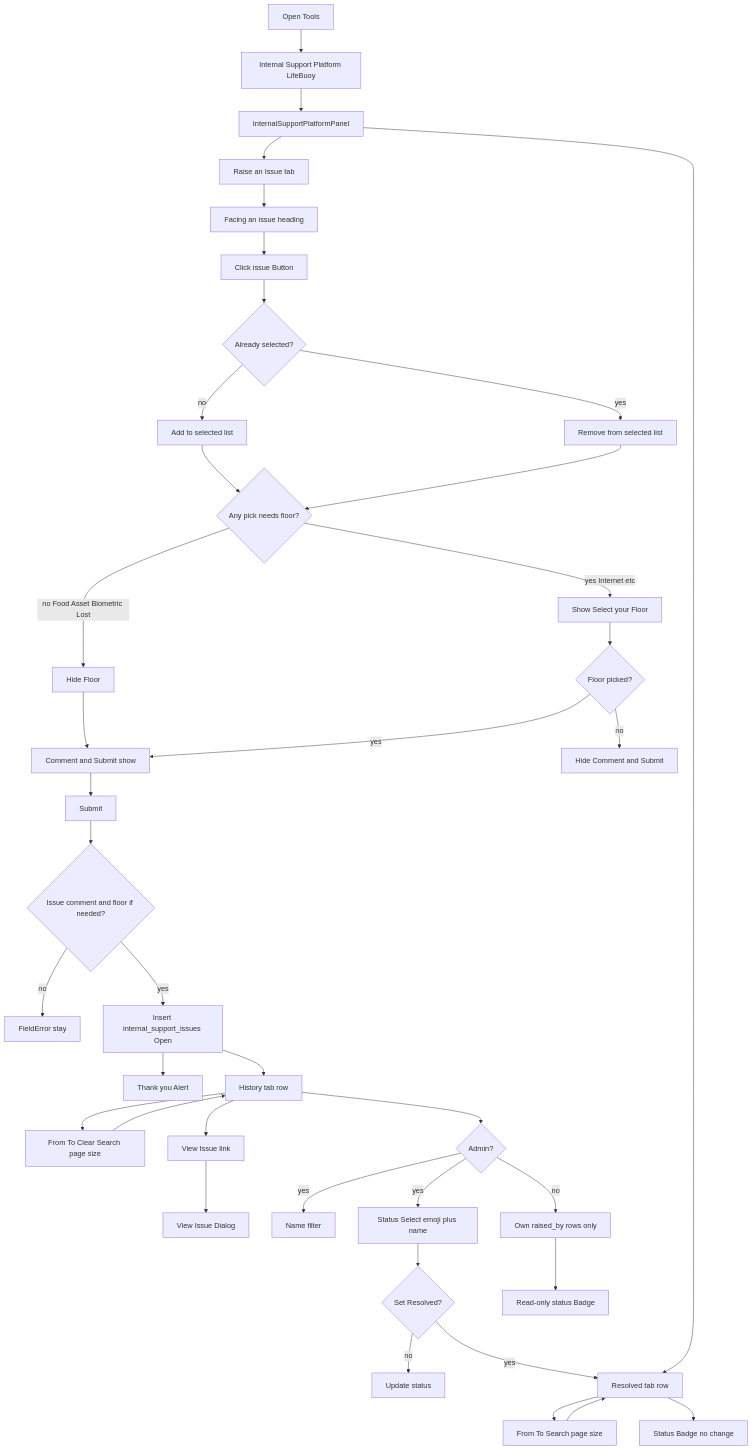
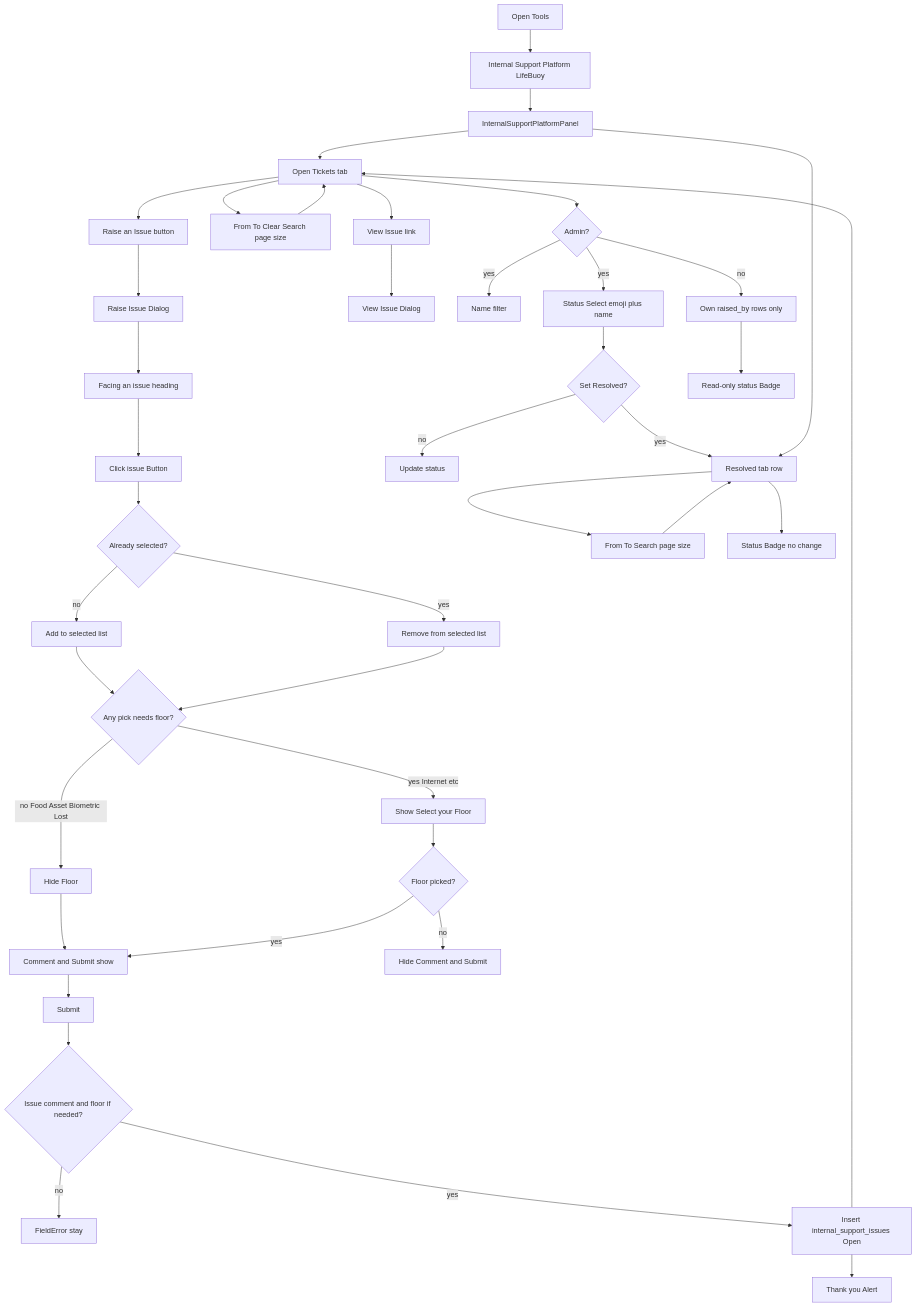
One commit to Mayur8291/Printing-Tracker changed the fourth of 15 diagrams in docs/FLOWCHARTS.md. Above: the diagram before and after it, drawn with Mermaid. The commit also changed 9 other files, not shown here.

First line of the commit message:
Move Raise an Issue into Open Tickets and show issue text after Status.

````diff
--- a/docs/FLOWCHARTS.md
+++ b/docs/FLOWCHARTS.md
@@ -87,41 +87,43 @@
 ```mermaid
 flowchart TD
   User[Open Tools] --> Item[Internal Support Platform LifeBuoy]
   Item --> Panel[InternalSupportPlatformPanel]
-  Panel --> RaiseTab[Raise an Issue tab]
-  RaiseTab --> Heading[Facing an issue heading]
+  Panel --> OpenTab[Open Tickets tab]
+  OpenTab --> RaiseBtn[Raise an Issue button]
+  RaiseBtn --> RaiseDlg[Raise Issue Dialog]
+  RaiseDlg --> Heading[Facing an issue heading]
   Heading --> Pick[Click issue Button]
   Pick --> Toggle{Already selected?}
   Toggle -->|no| Add[Add to selected list]
   Toggle -->|yes| Remove[Remove from selected list]
   Add --> NeedFloor{Any pick needs floor?}
   Remove --> NeedFloor
   NeedFloor -->|no Food Asset Biometric Lost| HideFloor[Hide Floor]
   HideFloor --> ShowComment[Comment and Submit show]
   NeedFloor -->|yes Internet etc| ShowFloor[Show Select your Floor]
   ShowFloor --> HasFloor{Floor picked?}
   HasFloor -->|no| HideComment[Hide Comment and Submit]
   HasFloor -->|yes| ShowComment
   ShowComment --> Submit[Submit]
   Submit --> Valid{Issue comment and floor if needed?}
   Valid -->|no| Error[FieldError stay]
   Valid -->|yes| Save[Insert internal_support_issues Open]
   Save --> Thanks[Thank you Alert]
-  Save --> History[History tab row]
-  History --> Filters[From To Clear Search page size]
-  Filters --> History
-  History --> ViewBtn[View Issue link]
+  Save --> OpenTab
+  OpenTab --> Filters[From To Clear Search page size]
+  Filters --> OpenTab
+  OpenTab --> ViewBtn[View Issue link]
   ViewBtn --> ViewDlg[View Issue Dialog]
-  History --> Who{Admin?}
+  OpenTab --> Who{Admin?}
   Who -->|yes| NameFilter[Name filter]
   Who -->|yes| StatusPick[Status Select emoji plus name]
   StatusPick --> MarkResolved{Set Resolved?}
   MarkResolved -->|no| Update[Update status]
   MarkResolved -->|yes| ResolvedTab[Resolved tab row]
   Who -->|no| OwnRows[Own raised_by rows only]
   OwnRows --> StatusSee[Read-only status Badge]
   Panel --> ResolvedTab
   ResolvedTab --> ResFilters[From To Search page size]
   ResFilters --> ResolvedTab
   ResolvedTab --> ResLock[Status Badge no change]
 ```
````
